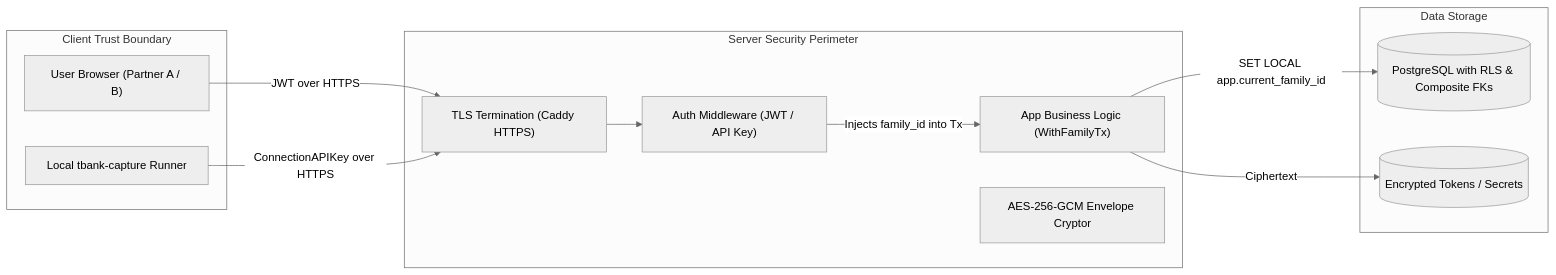
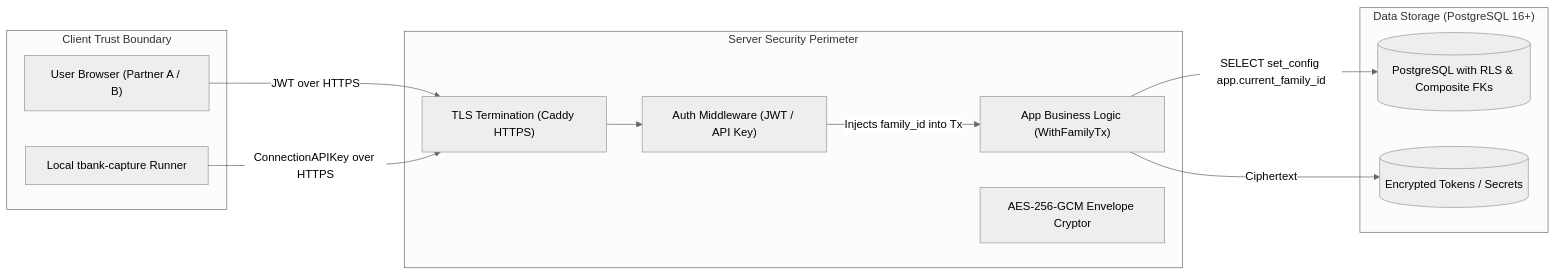
The second of 2 diagrams in architecture.md (khaliullov/family-finance), drawn with Mermaid (neutral theme) before and after one commit. The commit also changed other lines of this file and 5 other files, not shown here.

````diff
--- a/architecture.md
+++ b/architecture.md
@@ -181,26 +141,26 @@
 ```mermaid
 graph LR
     subgraph Client_Trust_Boundary ["Client Trust Boundary"]
         Browser["User Browser (Partner A / B)"]
         Sidecar["Local tbank-capture Runner"]
     end
 
     subgraph Server_Boundary ["Server Security Perimeter"]
         TLS["TLS Termination (Caddy HTTPS)"]
         AuthMiddleware["Auth Middleware (JWT / API Key)"]
         App["App Business Logic (WithFamilyTx)"]
         Enc["AES-256-GCM Envelope Cryptor"]
     end
 
-    subgraph Data_Perimeter ["Data Storage"]
+    subgraph Data_Perimeter ["Data Storage (PostgreSQL 16+)"]
         DB[(PostgreSQL with RLS & Composite FKs)]
         Vault[(Encrypted Tokens / Secrets)]
     end
 
     Browser -->|JWT over HTTPS| TLS
     Sidecar -->|ConnectionAPIKey over HTTPS| TLS
     TLS --> AuthMiddleware
     AuthMiddleware -->|Injects family_id into Tx| App
     App -->|Ciphertext| Vault
-    App -->|SET LOCAL app.current_family_id| DB
+    App -->|SELECT set_config app.current_family_id| DB
 ```
````
